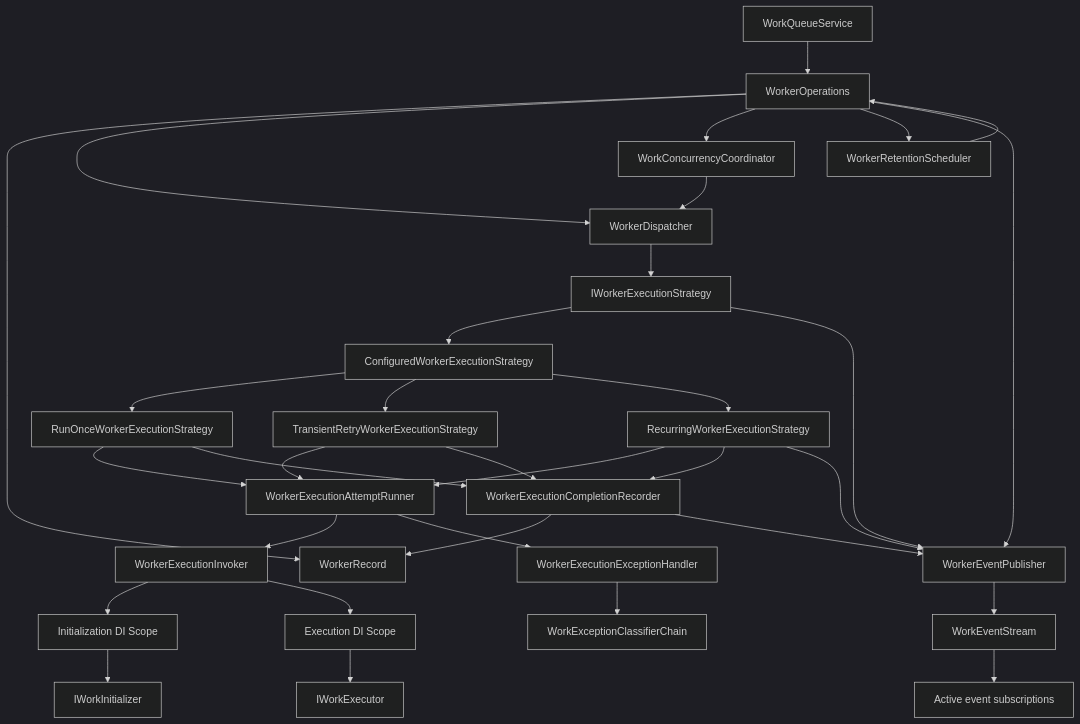
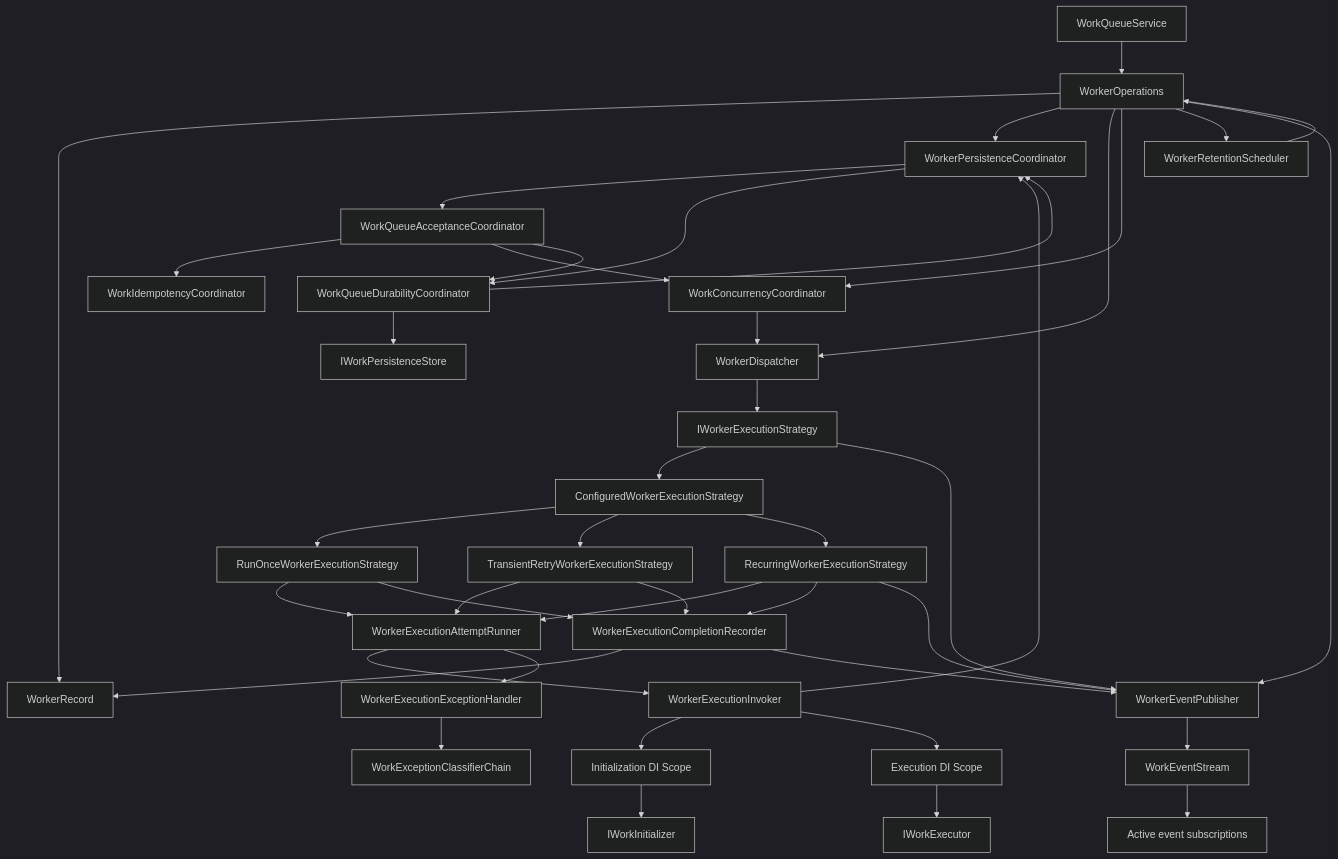
One commit to aliendomain/workable changed the first of 4 diagrams in docs/execution-engine.md. Above: the diagram before and after it, drawn with Mermaid (dark theme). The commit also changed other lines of this file and 66 other files, not shown here.

````diff
--- a/docs/execution-engine.md
+++ b/docs/execution-engine.md
@@ -7,35 +7,44 @@
 ```mermaid
 flowchart TD
     Queue["WorkQueueService"] --> Ops["WorkerOperations"]
     Ops --> Record["WorkerRecord"]
+    Ops --> Persistence["WorkerPersistenceCoordinator"]
     Ops --> Dispatcher["WorkerDispatcher"]
     Ops --> Concurrency["WorkConcurrencyCoordinator"]
     Ops --> Retention["WorkerRetentionScheduler"]
     Ops --> Publisher["WorkerEventPublisher"]
+    Persistence --> Acceptance["WorkQueueAcceptanceCoordinator"]
+    Persistence --> Durability["WorkQueueDurabilityCoordinator"]
+    Acceptance --> Idempotency["WorkIdempotencyCoordinator"]
+    Acceptance --> Concurrency
+    Acceptance --> Durability
+    Durability --> Store["IWorkPersistenceStore"]
+    Durability --> Persistence
     Dispatcher --> Strategy["IWorkerExecutionStrategy"]
     Strategy --> Selector["ConfiguredWorkerExecutionStrategy"]
     Selector --> RunOnce["RunOnceWorkerExecutionStrategy"]
     Selector --> Retry["TransientRetryWorkerExecutionStrategy"]
     Selector --> Recurring["RecurringWorkerExecutionStrategy"]
     RunOnce --> Attempt["WorkerExecutionAttemptRunner"]
     Retry --> Attempt
     Recurring --> Attempt
     Attempt --> Invoker["WorkerExecutionInvoker"]
     Attempt --> ExceptionHandler["WorkerExecutionExceptionHandler"]
     ExceptionHandler --> Classifier["WorkExceptionClassifierChain"]
     RunOnce --> Completion["WorkerExecutionCompletionRecorder"]
     Retry --> Completion
     Recurring --> Completion
     Recurring --> Publisher
     Invoker --> InitScope["Initialization DI Scope"]
     Invoker --> ExecScope["Execution DI Scope"]
+    Invoker --> Persistence
     InitScope --> Initializer["IWorkInitializer"]
     ExecScope --> Executor["IWorkExecutor"]
     Strategy --> Publisher
     Completion --> Record
     Completion --> Publisher
     Publisher --> Events["WorkEventStream"]
     Events --> Subscriptions["Active event subscriptions"]
     Retention --> Ops
     Concurrency --> Dispatcher
 ```
````
